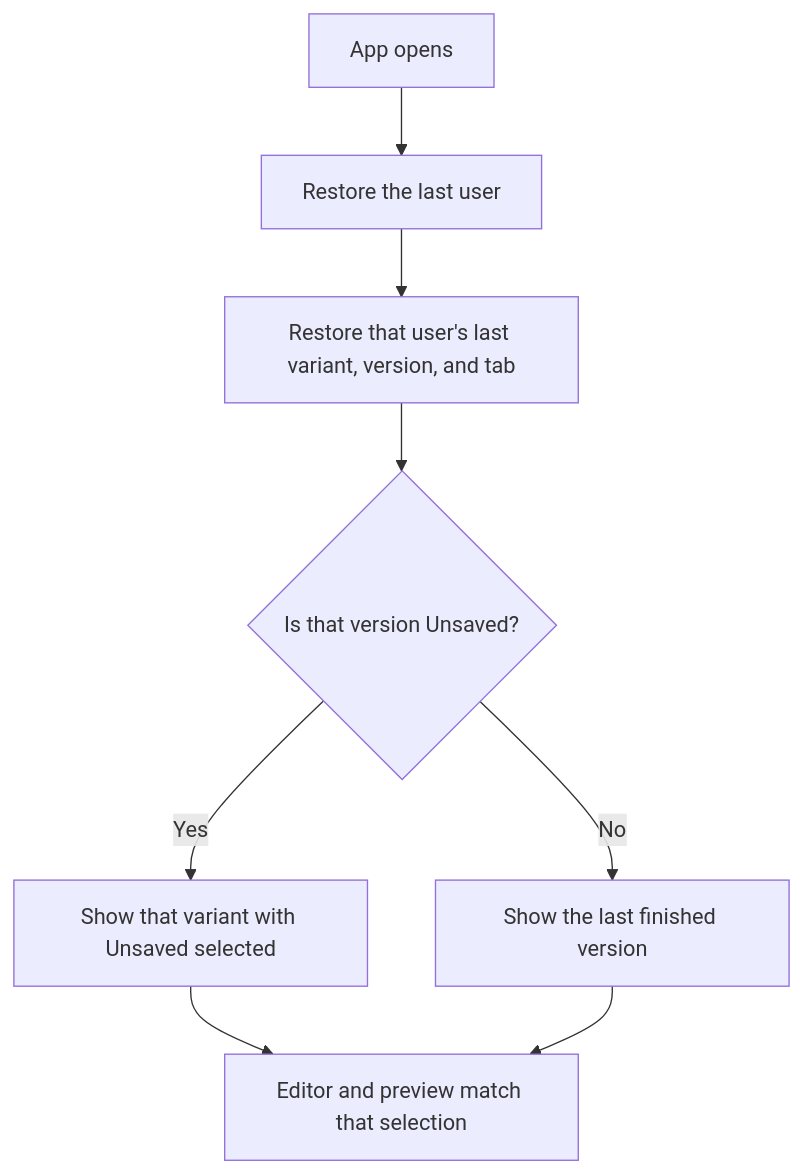
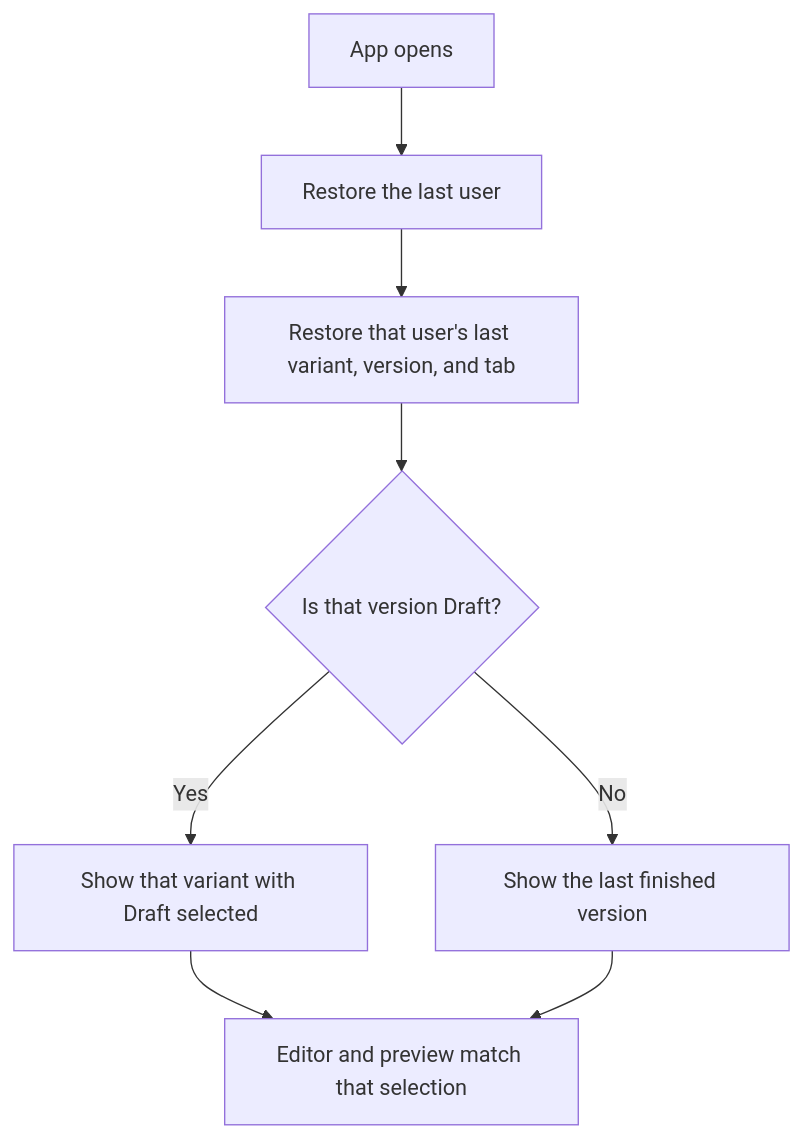
The third of 13 diagrams in docs/user-flows.md (IsmailBiswas/lines), drawn with Mermaid before and after one commit. The commit also changed other lines of this file and 17 other files, not shown here.

````diff
--- a/docs/user-flows.md
+++ b/docs/user-flows.md
@@ -72,14 +72,14 @@
 ```mermaid
 flowchart TD
   openApp[App opens]
   restoreUser[Restore the last user]
   restorePlace[Restore that user's last variant, version, and tab]
-  unsaved{Is that version Unsaved?}
-  showUnsaved[Show that variant with Unsaved selected]
+  unsaved{Is that version Draft?}
+  showDraft[Show that variant with Draft selected]
   showSaved[Show the last finished version]
   main[Editor and preview match that selection]
 
   openApp --> restoreUser --> restorePlace --> unsaved
-  unsaved -->|Yes| showUnsaved --> main
+  unsaved -->|Yes| showDraft --> main
   unsaved -->|No| showSaved --> main
 ```
````
